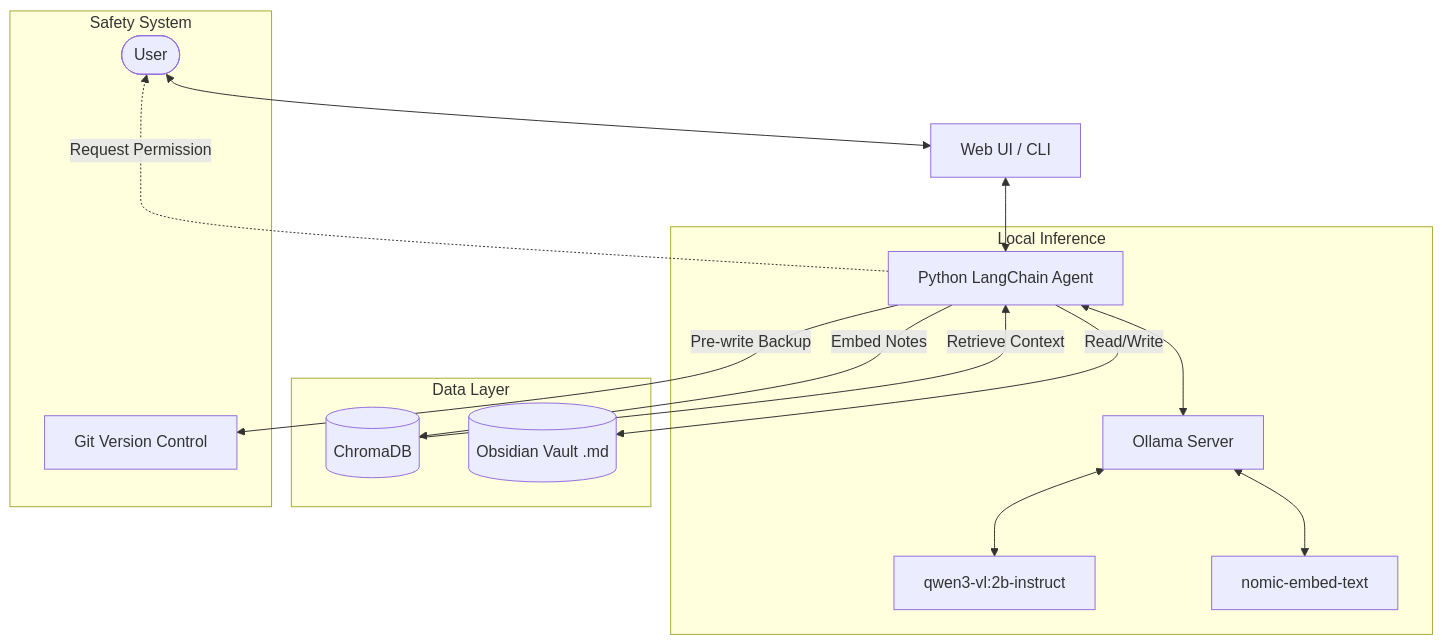
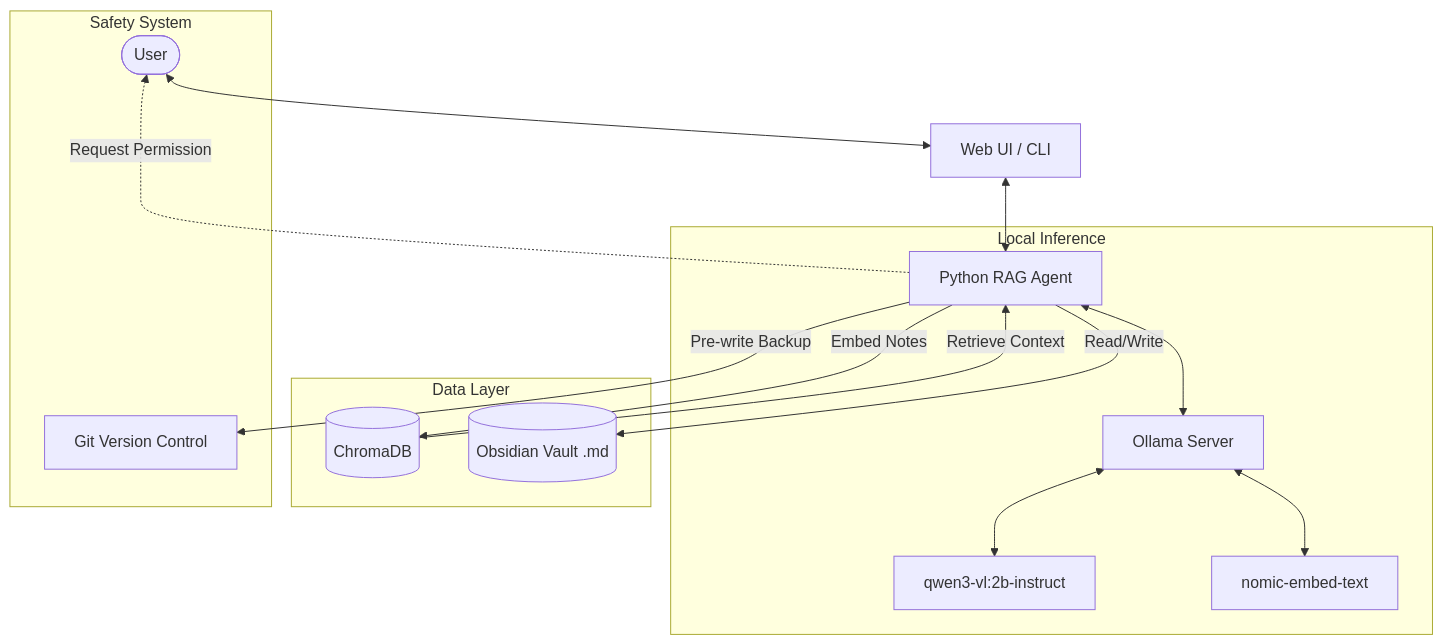
One commit to ApexForgeTech/ApexForge_Scriptor changed the diagram in docs/ARCHITECTURE.md. Above: the diagram before and after it, drawn with Mermaid. The commit also changed other lines of this file and 14 other files, not shown here.

````diff
--- a/docs/ARCHITECTURE.md
+++ b/docs/ARCHITECTURE.md
@@ -9,22 +9,22 @@
 ```mermaid
 graph TD
     User([User]) <--> UI[Web UI / CLI]
-    UI <--> Agent[Python LangChain Agent]
+    UI <--> Agent[Python RAG Agent]
     
     subgraph Local Inference
         Agent <--> Ollama[Ollama Server]
         Ollama <--> LLM[qwen3-vl:2b-instruct]
         Ollama <--> Embed[nomic-embed-text]
     end
     
     subgraph Data Layer
         Agent -->|Embed Notes| DB[(ChromaDB)]
         DB -->|Retrieve Context| Agent
         Agent -->|Read/Write| Vault[(Obsidian Vault .md)]
     end
     
     subgraph Safety System
         Agent -->|Pre-write Backup| Git[Git Version Control]
         Agent -.->|Request Permission| User
     end
 ```
````
